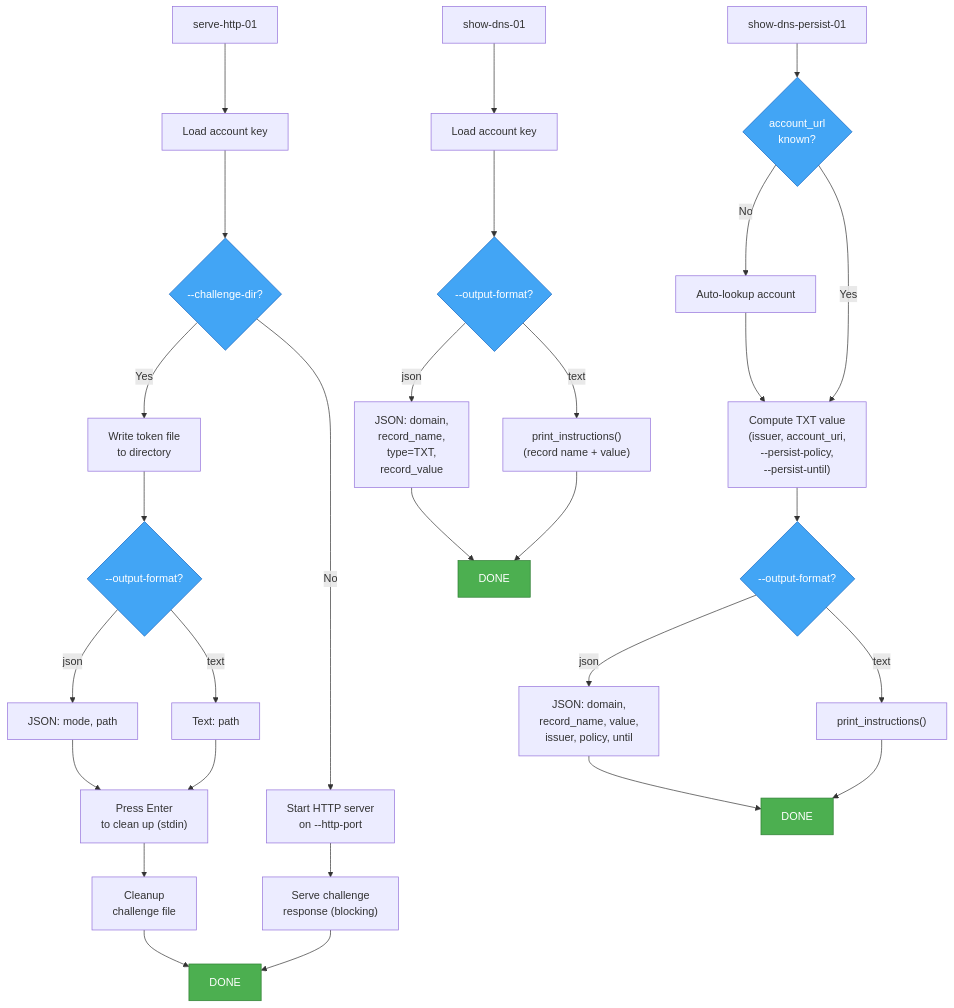
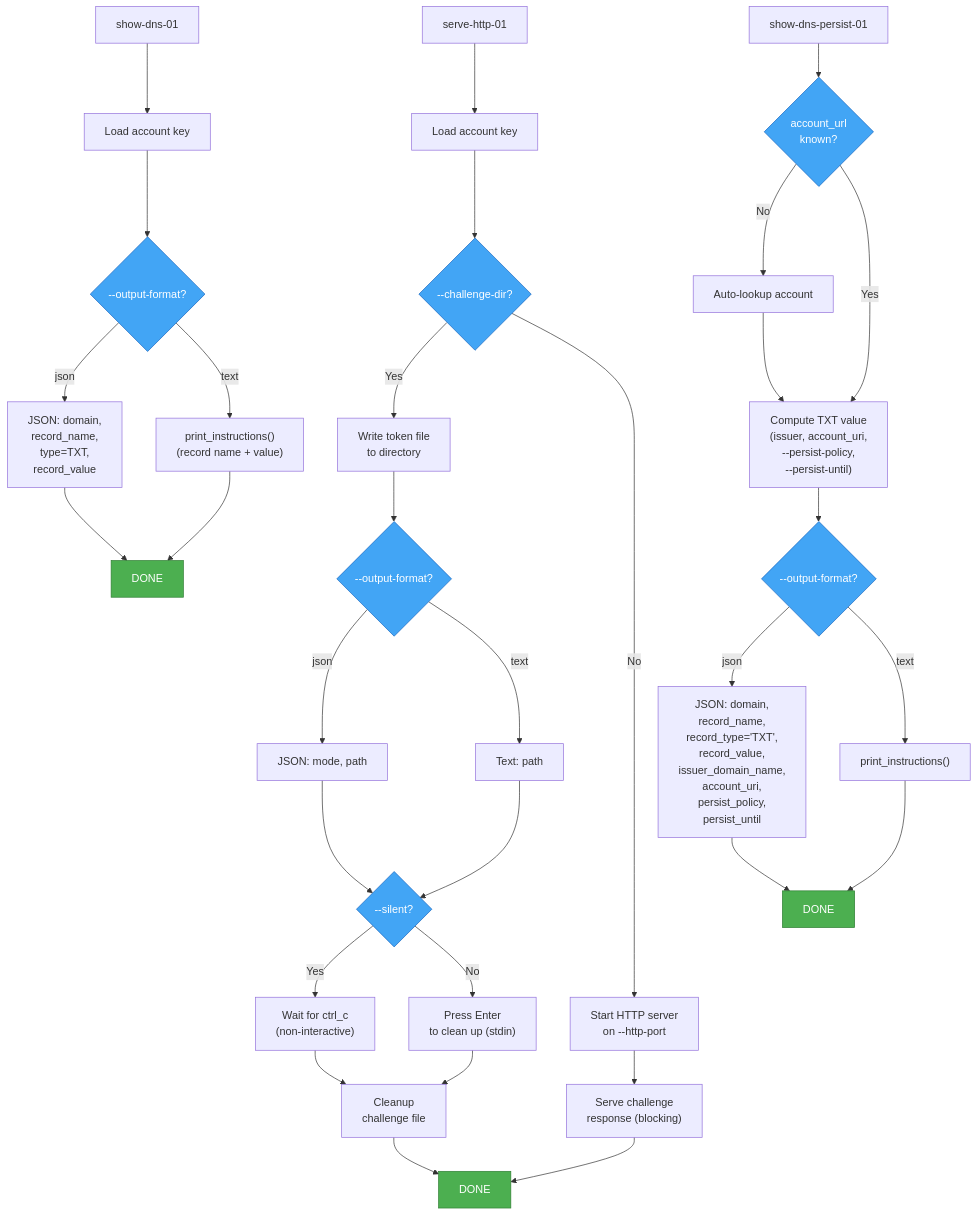
One commit to andrico21/acme-client-rs changed the seventh of 8 diagrams in PARAMETER-FLOW.md. Above: the diagram before and after it, drawn with Mermaid. The commit also changed other lines of this file, not shown here.

````diff
--- a/PARAMETER-FLOW.md
+++ b/PARAMETER-FLOW.md
@@ -451,43 +496,46 @@
 ```mermaid
 graph TD
     %% === serve-http-01 ===
     SH["serve-http-01"] --> SH_LOAD["Load account key"]
     SH_LOAD --> SH_MODE{"--challenge-dir?"}
 
     SH_MODE -- Yes --> SH_FILE["Write token file<br/>to directory"]
     SH_FILE --> SH_FILE_FMT{"--output-format?"}
     SH_FILE_FMT -- json --> SH_FILE_JSON["JSON: mode, path"]
     SH_FILE_FMT -- text --> SH_FILE_TEXT["Text: path"]
-    SH_FILE_JSON --> SH_ENTER["Press Enter<br/>to clean up (stdin)"]
-    SH_FILE_TEXT --> SH_ENTER
+    SH_FILE_JSON --> SH_SILENT{"--silent?"}
+    SH_FILE_TEXT --> SH_SILENT
+    SH_SILENT -- Yes --> SH_CTRLC["Wait for ctrl_c<br/>(non-interactive)"]
+    SH_SILENT -- No --> SH_ENTER["Press Enter<br/>to clean up (stdin)"]
+    SH_CTRLC --> SH_CLEANUP
     SH_ENTER --> SH_CLEANUP["Cleanup<br/>challenge file"]
     SH_CLEANUP --> SH_DONE["DONE"]
 
     SH_MODE -- No --> SH_SERVER["Start HTTP server<br/>on --http-port"]
     SH_SERVER --> SH_SERVE["Serve challenge<br/>response (blocking)"]
     SH_SERVE --> SH_DONE
 
     %% === show-dns-01 ===
     SD["show-dns-01"] --> SD_LOAD["Load account key"]
     SD_LOAD --> SD_FMT{"--output-format?"}
     SD_FMT -- json --> SD_JSON["JSON: domain,<br/>record_name,<br/>type=TXT,<br/>record_value"]
     SD_FMT -- text --> SD_TEXT["print_instructions()<br/>(record name + value)"]
     SD_JSON --> SD_DONE["DONE"]
     SD_TEXT --> SD_DONE
 
     %% === show-dns-persist-01 ===
     SDP["show-dns-persist-01"] --> SDP_URL{"account_url<br/>known?"}
     SDP_URL -- No --> SDP_LOOKUP["Auto-lookup account"]
     SDP_URL -- Yes --> SDP_COMPUTE
     SDP_LOOKUP --> SDP_COMPUTE["Compute TXT value<br/>(issuer, account_uri,<br/>--persist-policy,<br/>--persist-until)"]
     SDP_COMPUTE --> SDP_FMT{"--output-format?"}
-    SDP_FMT -- json --> SDP_JSON["JSON: domain,<br/>record_name, value,<br/>issuer, policy, until"]
+    SDP_FMT -- json --> SDP_JSON["JSON: domain,<br/>record_name,<br/>record_type='TXT',<br/>record_value,<br/>issuer_domain_name,<br/>account_uri,<br/>persist_policy,<br/>persist_until"]
     SDP_FMT -- text --> SDP_TEXT["print_instructions()"]
     SDP_JSON --> SDP_DONE["DONE"]
     SDP_TEXT --> SDP_DONE
 
     classDef success fill:#4caf50,color:white,stroke:#2e7d32
     classDef decision fill:#42a5f5,color:white,stroke:#1565c0
     class SH_DONE,SD_DONE,SDP_DONE success
-    class SH_MODE,SH_FILE_FMT,SD_FMT,SDP_URL,SDP_FMT decision
+    class SH_MODE,SH_FILE_FMT,SH_SILENT,SD_FMT,SDP_URL,SDP_FMT decision
 ```
````
